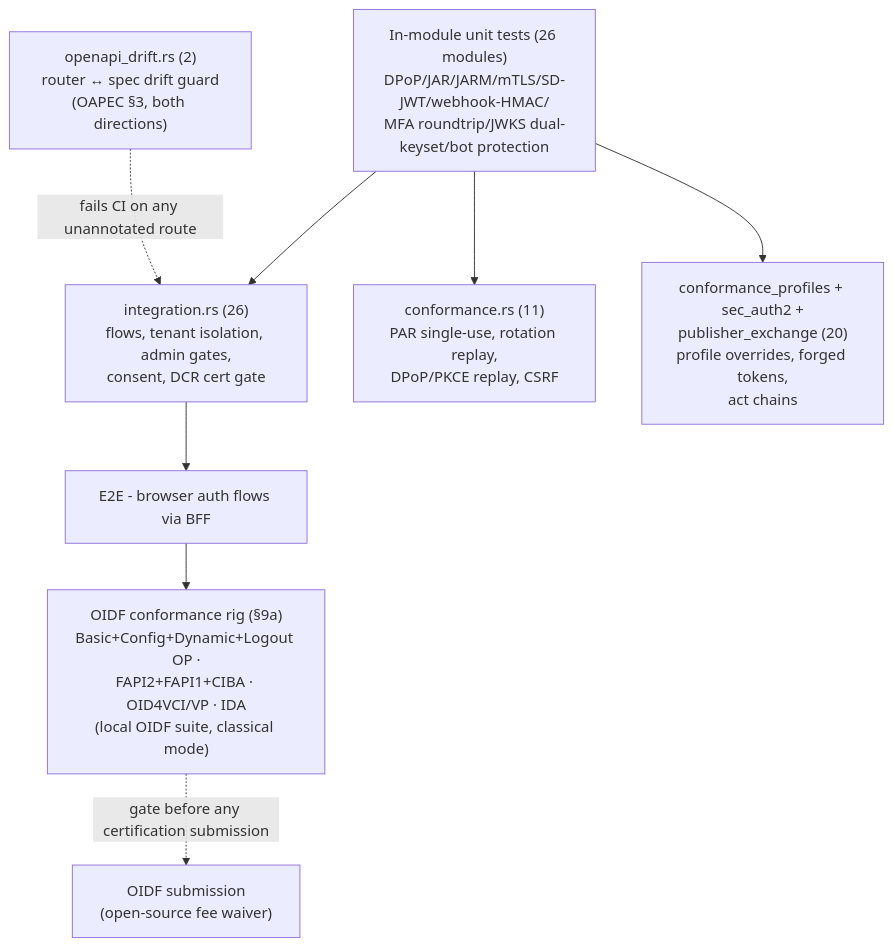
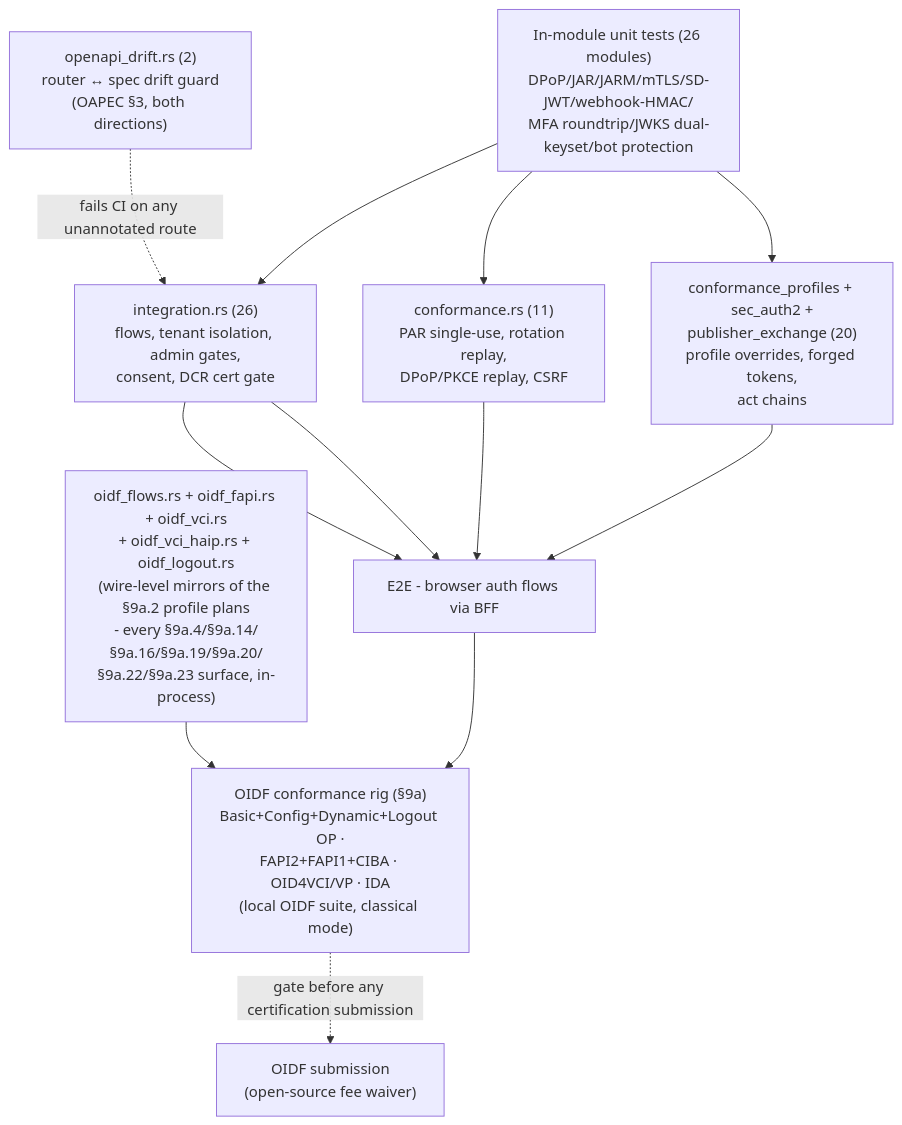
Before and after one commit to Sentin8/sentin8-auth: diagram 12 of 19 in DESIGN.md, drawn with Mermaid. The commit also changed other lines of this file and 9 other files, not shown here.

````diff
--- a/DESIGN.md
+++ b/DESIGN.md
@@ -622,15 +622,18 @@
 ```mermaid
 graph TD
     U["In-module unit tests (26 modules)<br/>DPoP/JAR/JARM/mTLS/SD-JWT/webhook-HMAC/<br/>MFA roundtrip/JWKS dual-keyset/bot protection"]
     I1["integration.rs (26)<br/>flows, tenant isolation, admin gates,<br/>consent, DCR cert gate"]
     OG["openapi_drift.rs (2)<br/>router ↔ spec drift guard<br/>(OAPEC §3, both directions)"]
     I2["conformance.rs (11)<br/>PAR single-use, rotation replay,<br/>DPoP/PKCE replay, CSRF"]
     I3["conformance_profiles + sec_auth2 +<br/>publisher_exchange (20)<br/>profile overrides, forged tokens,<br/>act chains"]
+    W["oidf_flows.rs + oidf_fapi.rs + oidf_vci.rs<br/>+ oidf_vci_haip.rs + oidf_logout.rs<br/>(wire-level mirrors of the §9a.2 profile plans<br/>- every §9a.4/§9a.14/§9a.16/§9a.19/§9a.20/<br/>§9a.22/§9a.23 surface, in-process)"]
     C["OIDF conformance rig (§9a)<br/>Basic+Config+Dynamic+Logout OP ·<br/>FAPI2+FAPI1+CIBA · OID4VCI/VP · IDA<br/>(local OIDF suite, classical mode)"]
     E["E2E - browser auth flows via BFF"]
     U --> I1 & I2 & I3
     OG -.fails CI on any unannotated route.-> I1
     I1 --> E
+    W --> C
+    I1 & I2 & I3 --> E
     E --> C
     C -.gate before any certification submission.-> SUB["OIDF submission<br/>(open-source fee waiver)"]
 ```
````
